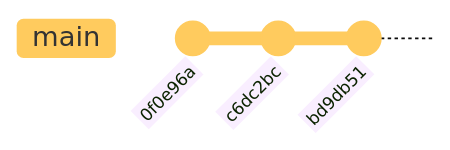
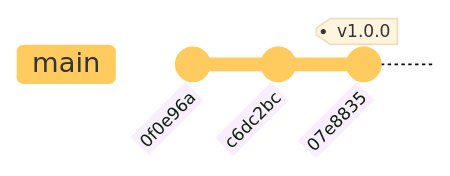
The seventh of 19 diagrams in slides-git-quarto/slides-training.qmd (umr-marbec/git-training), drawn with Mermaid before and after one commit. The commit also changed other lines of this file and 1 other file, not shown here.

````diff
--- a/slides-git-quarto/slides-training.qmd
+++ b/slides-git-quarto/slides-training.qmd
@@ -242,9 +229,9 @@
 ```{mermaid}
 %%| fig-width: 10
-%%| fig-height: 1
+%%| fig-height: 1.5
 %%{init: { 'logLevel': 'debug', 'theme': 'base', 'gitGraph': {'rotateCommitLabel': true}}}%%
 gitGraph
     commit id: "0f0e96a"
     commit id: "c6dc2bc"
-    commit id: "bd9db51"
+    commit id: "07e8835" tag: "v1.0.0"
 ```
````
